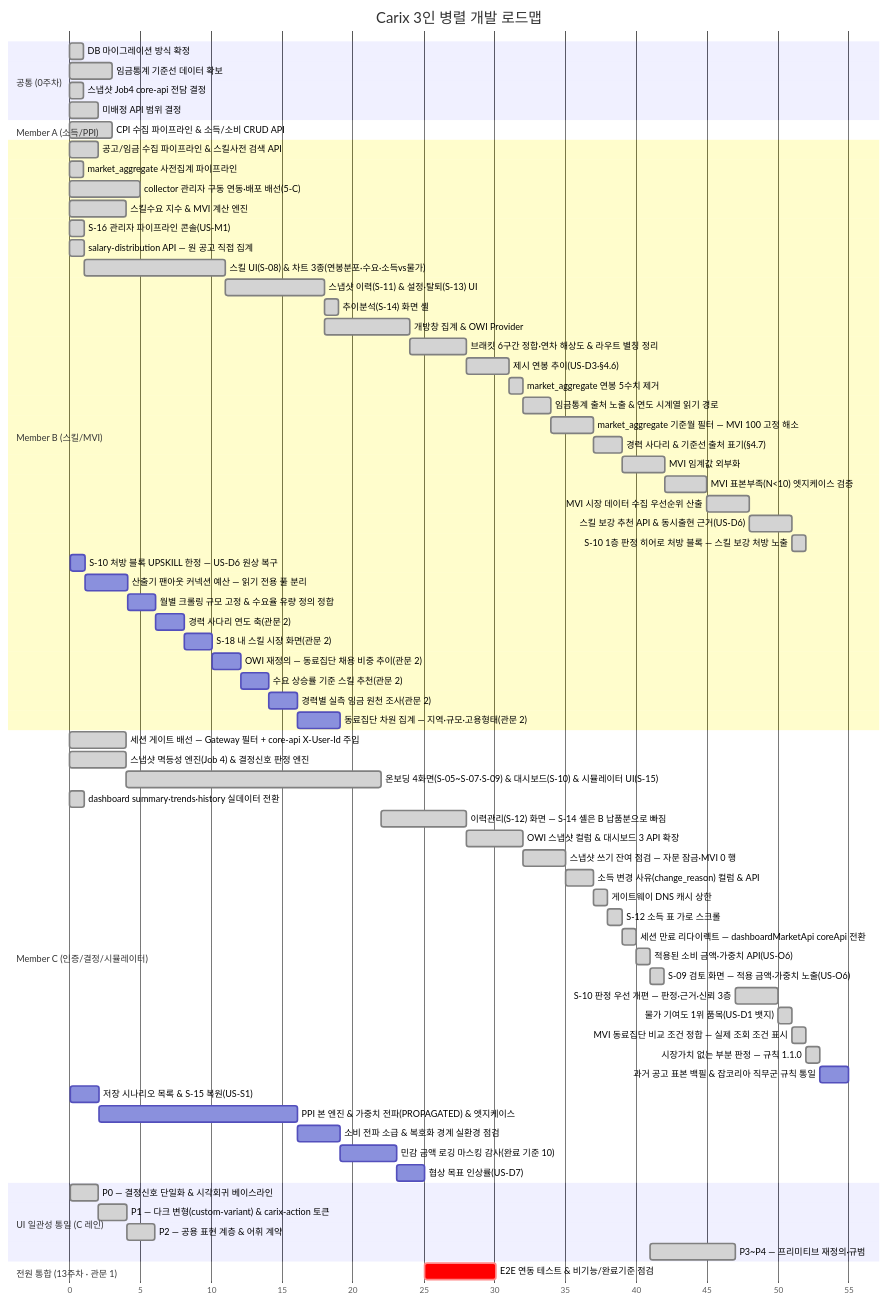
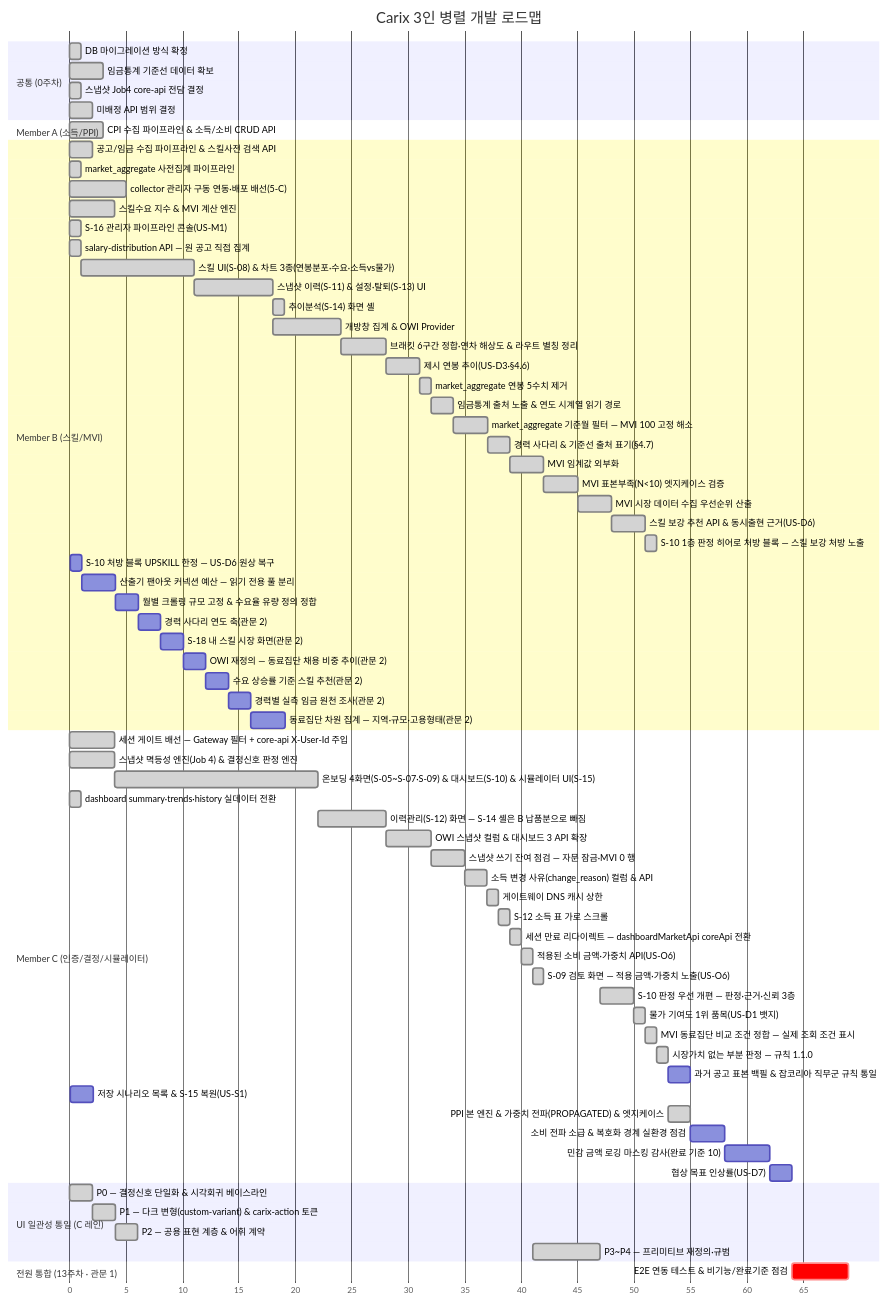
One commit to SeoHyeokGyu/Carix changed the first of 2 diagrams in docs/plans/carix-dev-plan.md. Above: the diagram before and after it, drawn with Mermaid. The commit also changed other lines of this file and 8 other files, not shown here.

Commit message:
docs: 구매력 지수 본 엔진을 기능 명세·도메인 정의서·ERD·계획에 반영한다

````diff
--- a/docs/plans/carix-dev-plan.md
+++ b/docs/plans/carix-dev-plan.md
@@ -94,75 +94,75 @@
 ```mermaid
 gantt
     title Carix 3인 병렬 개발 로드맵
     dateFormat X
     axisFormat %s
     section 공통 (0주차)
     DB 마이그레이션 방식 확정 :done, c0a, 0, 1s
     임금통계 기준선 데이터 확보 :done, a0, 3, 3s
     스냅샷 Job4 core-api 전담 결정 :done, i0, 7, 1s
     미배정 API 범위 결정 :done, c0, 7, 2s
     section Member A (소득/PPI)
     CPI 수집 파이프라인 & 소득/소비 CRUD API :done, a1, 12, 3s
     section Member B (스킬/MVI)
     공고/임금 수집 파이프라인 & 스킬사전 검색 API :done, b1, 2, 2s
     market_aggregate 사전집계 파이프라인 :done, b2a, 3, 1s
     collector 관리자 구동 연동·배포 배선(5-C) :done, b0, 7, 5s
     스킬수요 지수 & MVI 계산 엔진 :done, b2, 8, 4s
     S-16 관리자 파이프라인 콘솔(US-M1) :done, b16, 14, 1s
     salary-distribution API — 원 공고 직접 집계 :done, b3a, 15, 1s
     스킬 UI(S-08) & 차트 3종(연봉분포·수요·소득vs물가) :done, b3, after b3a, 10s
     스냅샷 이력(S-11) & 설정·탈퇴(S-13) UI :done, b4, after b3, 7s
     추이분석(S-14) 화면 셸 :done, b4a, after b4, 1s
     개방창 집계 & OWI Provider :done, b6, after b4, 6s
     브래킷 6구간 정합·연차 해상도 & 라우트 별칭 정리 :done, b7, after b6, 4s
     제시 연봉 추이(US-D3·§4.6) :done, b10, after b7, 3s
     market_aggregate 연봉 5수치 제거 :done, b11, after b10, 1s
     임금통계 출처 노출 & 연도 시계열 읽기 경로 :done, b13, after b11, 2s
     market_aggregate 기준월 필터 — MVI 100 고정 해소 :done, b18, after b13, 3s
     경력 사다리 & 기준선 출처 표기(§4.7) :done, b12, after b18, 2s
     MVI 임계값 외부화 :done, b8, after b12, 3s
     MVI 표본부족(N<10) 엣지케이스 검증 :done, b8a, after b8, 3s
     MVI 시장 데이터 수집 우선순위 산출 :done, b8b, after b8a, 3s
     스킬 보강 추천 API & 동시출현 근거(US-D6) :done, b9, after b8b, 3s
     S-10 1층 판정 히어로 처방 블록 — 스킬 보강 처방 노출 :done, b15, after b9, 1s
     S-10 처방 블록 UPSKILL 한정 — US-D6 원상 복구 :b20, 83, 1s
     산출기 팬아웃 커넥션 예산 — 읽기 전용 풀 분리 :b17, after b20, 3s
     월별 크롤링 규모 고정 & 수요율 유량 정의 정합 :b21, after b17, 2s
     경력 사다리 연도 축(관문 2) :b14, after b21, 2s
     S-18 내 스킬 시장 화면(관문 2) :b19, after b14, 2s
     OWI 재정의 — 동료집단 채용 비중 추이(관문 2) :b22, after b19, 2s
     수요 상승률 기준 스킬 추천(관문 2) :b23, after b22, 2s
     경력별 실측 임금 원천 조사(관문 2) :b24, after b23, 2s
     동료집단 차원 집계 — 지역·규모·고용형태(관문 2) :b25, after b24, 3s
     section Member C (인증/결정/시뮬레이터)
     세션 게이트 배선 — Gateway 필터 + core-api X-User-Id 주입 :done, c0b, 7, 4s
     스냅샷 멱등성 엔진(Job 4) & 결정신호 판정 엔진 :done, c2, 8, 4s
     온보딩 4화면(S-05~S-07·S-09) & 대시보드(S-10) & 시뮬레이터 UI(S-15) :done, c3, after c2, 18s
     dashboard summary·trends·history 실데이터 전환 :done, c4a, 15, 1s
     이력관리(S-12) 화면 — S-14 셸은 B 납품분으로 빠짐 :done, c4, after c3, 6s
     OWI 스냅샷 컬럼 & 대시보드 3 API 확장 :done, c6, after c4, 4s
     스냅샷 쓰기 잔여 점검 — 자문 잠금·MVI 0 행 :done, c5, after c6, 3s
     소득 변경 사유(change_reason) 컬럼 & API :done, c10, after c5, 2s
     게이트웨이 DNS 캐시 상한 :done, c7, after c10, 1s
     S-12 소득 표 가로 스크롤 :done, c13, after c7, 1s
     세션 만료 리다이렉트 — dashboardMarketApi coreApi 전환 :done, c16, after c13, 1s
     적용된 소비 금액·가중치 API(US-O6) :done, c11, after c16, 1s
     S-09 검토 화면 — 적용 금액·가중치 노출(US-O6) :done, c17, after c11, 1s
     S-10 판정 우선 개편 — 판정·근거·신뢰 3층 :done, c15, after ui3, 3s
     물가 기여도 1위 품목(US-D1 뱃지) :done, c12, after c15, 1s
     MVI 동료집단 비교 조건 정합 — 실제 조회 조건 표시 :done, c22, after c12, 1s
     시장가치 없는 부분 판정 — 규칙 1.1.0 :done, c23, after c22, 1s
     과거 공고 표본 백필 & 잡코리아 직무군 규칙 통일 :c24, after c23, 2s
     저장 시나리오 목록 & S-15 복원(US-S1) :c9, 83, 2s
-    PPI 본 엔진 & 가중치 전파(PROPAGATED) & 엣지케이스 :a2, after c9, 14s
-    소비 전파 소급 & 복호화 경계 실환경 점검 :a12, after a2, 3s
+    PPI 본 엔진 & 가중치 전파(PROPAGATED) & 엣지케이스 :done, a2, after c23, 2s
+    소비 전파 소급 & 복호화 경계 실환경 점검 :a12, after a2 c9, 3s
     민감 금액 로깅 마스킹 감사(완료 기준 10) :a7, after a12, 4s
     협상 목표 인상률(US-D7) :c8, after a7, 2s
     section UI 일관성 통일 (C 레인)
     P0 — 결정신호 단일화 & 시각회귀 베이스라인 :done, ui0, 33, 2s
     P1 — 다크 변형(custom-variant) & carix-action 토큰 :done, ui1, after ui0, 2s
     P2 — 공용 표현 계층 & 어휘 계약 :done, ui2, after ui1, 2s
     P3~P4 — 프리미티브 재정의·규범 :done, ui3, after c11, 6s
     section 전원 통합 (13주차 · 관문 1)
     E2E 연동 테스트 & 비기능/완료기준 점검 :crit, e2e, after b21 c8, 5s
 ```
````
